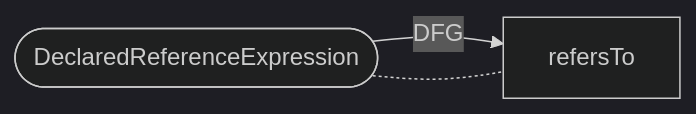
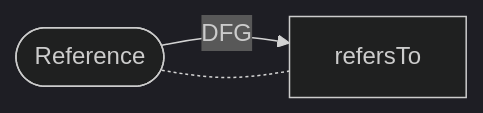
Before and after one commit to Fraunhofer-AISEC/cpg: diagram 15 of 38 in docs/docs/CPG/specs/dfg.md, drawn with Mermaid (dark theme). The commit also changed other lines of this file and 19 other files, not shown here.

````diff
--- a/docs/docs/CPG/specs/dfg.md
+++ b/docs/docs/CPG/specs/dfg.md
@@ -226,5 +226,5 @@
   ```mermaid
   flowchart LR
-    node([DeclaredReferenceExpression]) -- DFG --> refersTo;
+    node([Reference]) -- DFG --> refersTo;
     node -.- refersTo;
   ```
````
